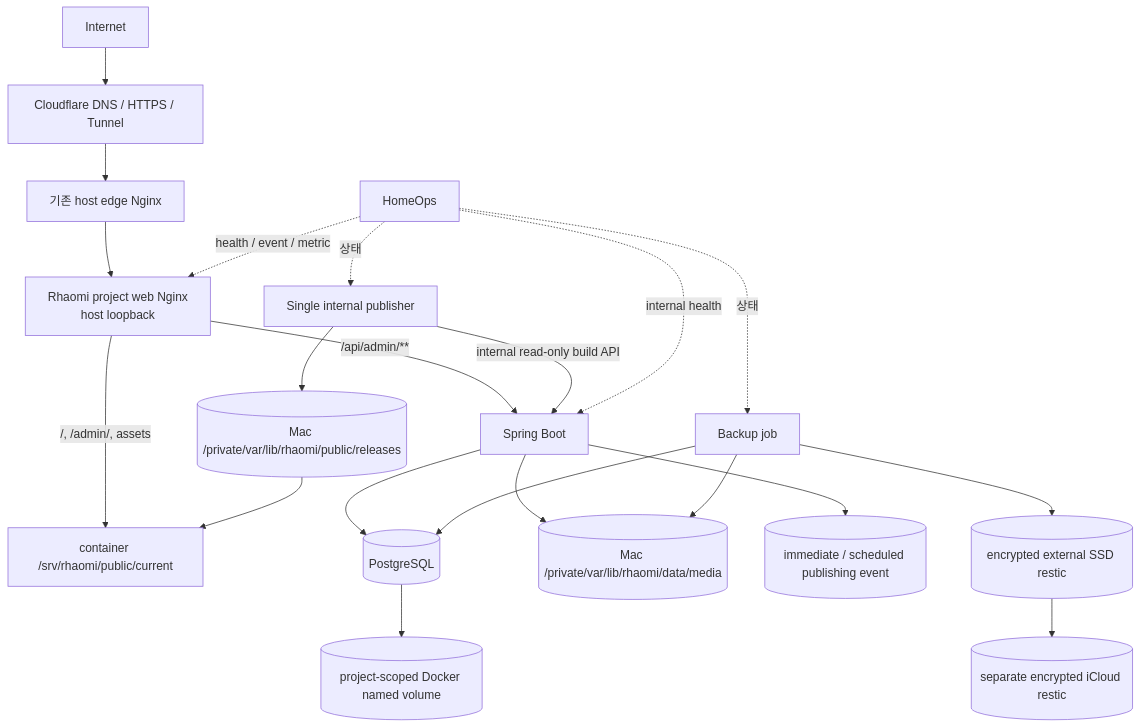
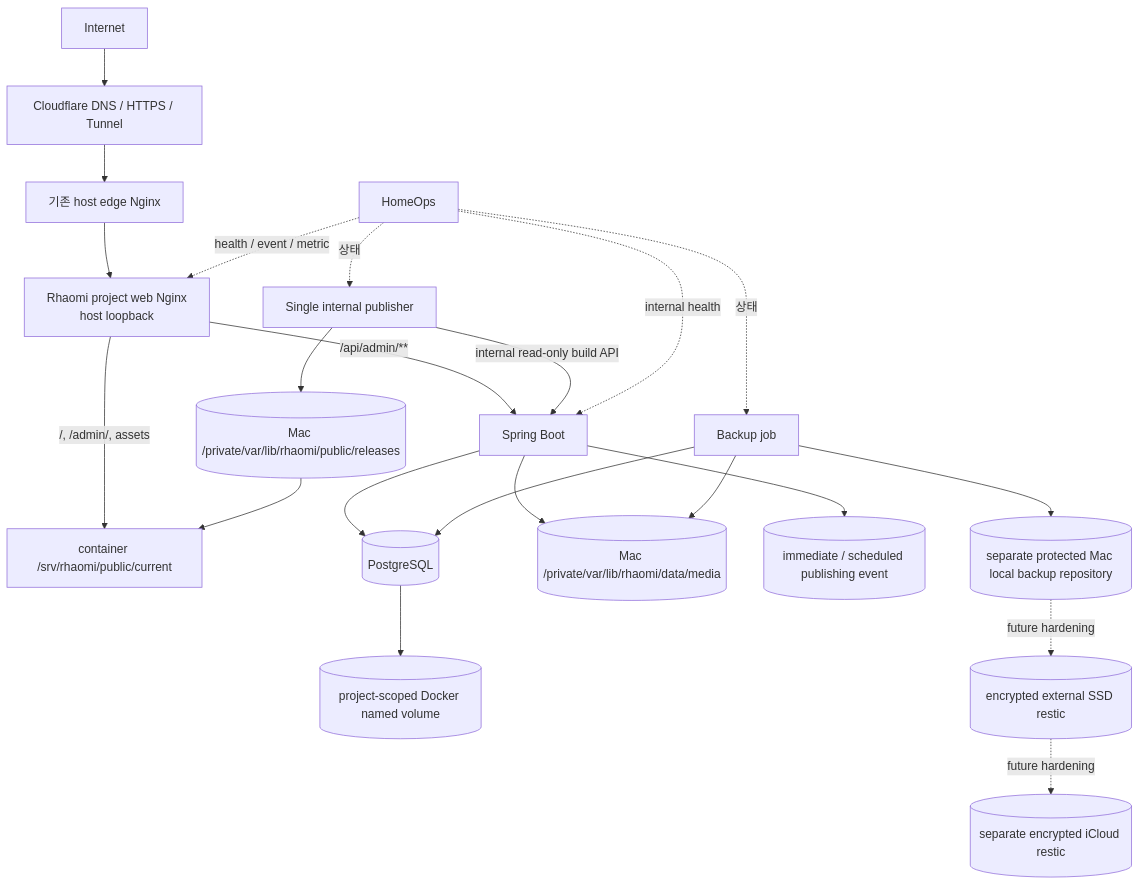
One commit to xxh3898/Rhaomi changed the diagram in docs/04-architecture/container-architecture.md. Above: the diagram before and after it, drawn with Mermaid. The commit also changed other lines of this file and 26 other files, not shown here.

````diff
--- a/docs/04-architecture/container-architecture.md
+++ b/docs/04-architecture/container-architecture.md
@@ -64,28 +64,29 @@
 ```mermaid
 flowchart TB
     Internet[Internet] --> Cloudflare[Cloudflare DNS / HTTPS / Tunnel]
     Cloudflare --> Edge[기존 host edge Nginx]
     Edge --> Web[Rhaomi project web Nginx<br/>host loopback]
 
     Web -->|/, /admin/, assets| Static[container /srv/rhaomi/public/current]
     Web -->|/api/admin/**| Backend[Spring Boot]
 
     Backend --> Postgres[(PostgreSQL)]
     Postgres --> PgVolume[(project-scoped Docker named volume)]
     Backend --> Media[(Mac /private/var/lib/rhaomi/data/media)]
     Backend --> Outbox[(immediate / scheduled publishing event)]
 
     Publisher[Single internal publisher] -->|internal read-only build API| Backend
     Publisher --> Releases[(Mac /private/var/lib/rhaomi/public/releases)]
     Releases --> Static
 
     Backup[Backup job] --> Postgres
     Backup --> Media
-    Backup --> SSD[(encrypted external SSD restic)]
-    SSD --> ICloud[(separate encrypted iCloud restic)]
+    Backup --> LocalBackup[(separate protected Mac local backup repository)]
+    LocalBackup -. future hardening .-> SSD[(encrypted external SSD restic)]
+    SSD -. future hardening .-> ICloud[(separate encrypted iCloud restic)]
 
     HomeOps[HomeOps] -. health / event / metric .-> Web
     HomeOps -. internal health .-> Backend
     HomeOps -. 상태 .-> Publisher
     HomeOps -. 상태 .-> Backup
 ```
````
